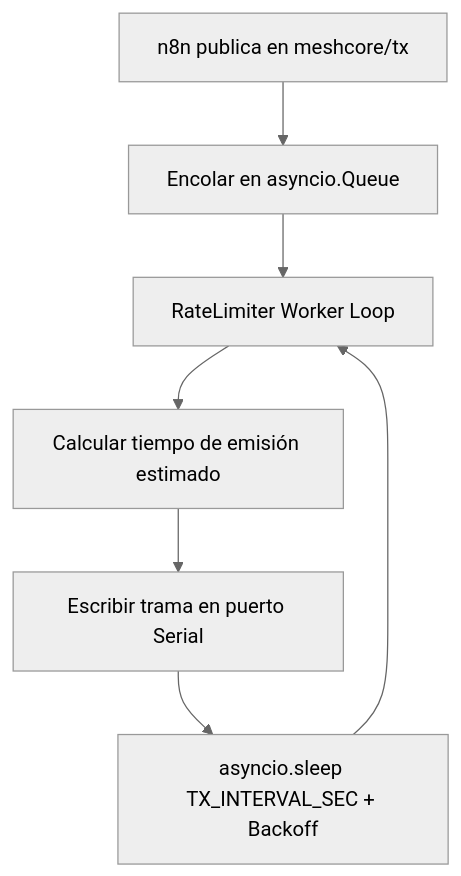
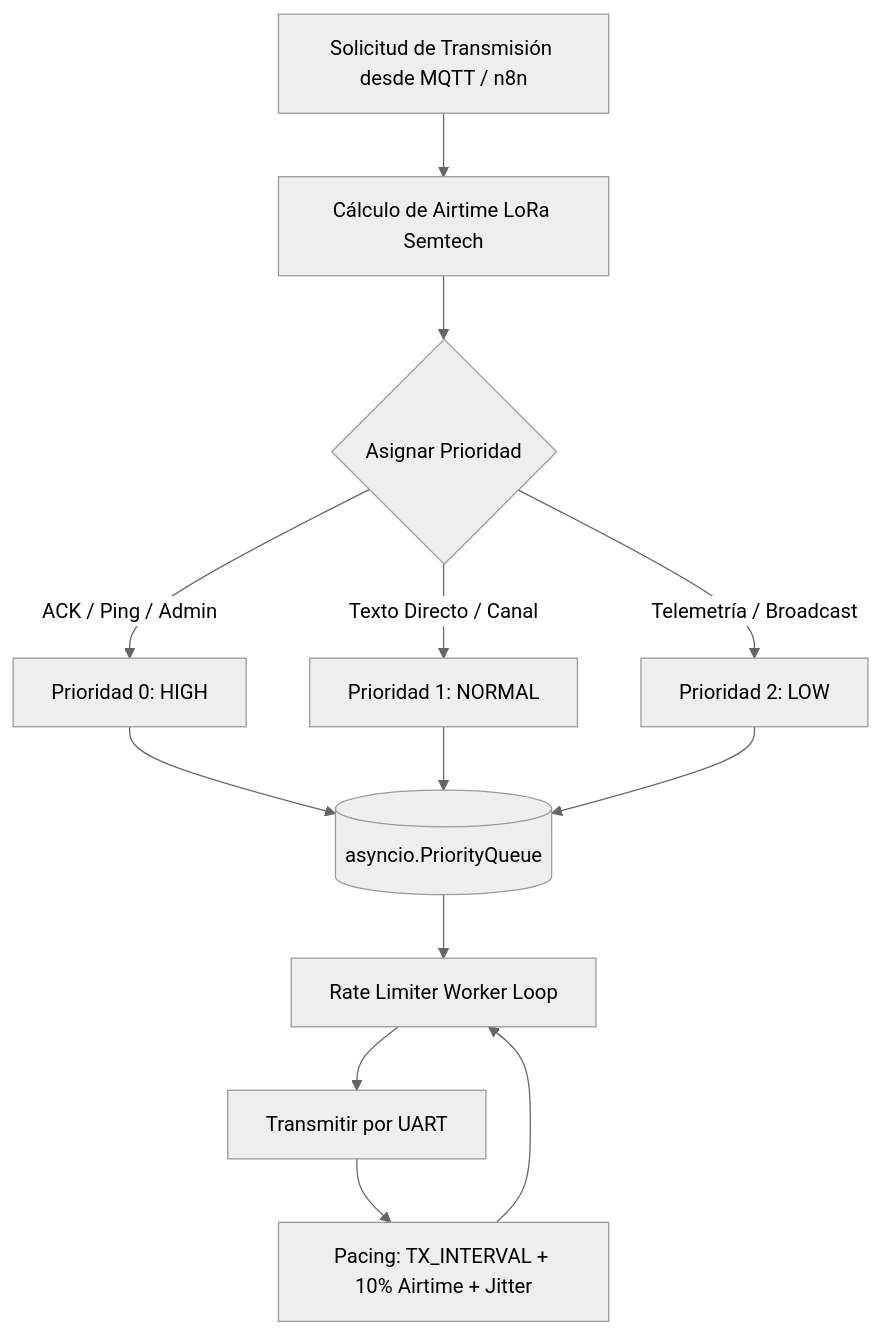
One commit to cyber89/meshcore-bridge-client changed the fourth of 4 diagrams in docs/ARCHITECTURE.md. Above: the diagram before and after it, drawn with Mermaid (neutral theme). The commit also changed other lines of this file and 13 other files, not shown here.

Commit message:
feat(core): modularize architecture with hybrid serial adapter, priority rate limiter, and TTL store-forward

````diff
--- a/docs/ARCHITECTURE.md
+++ b/docs/ARCHITECTURE.md
@@ -145,9 +169,18 @@
 ```mermaid
 graph TD
-    N8N_IN[n8n publica en meshcore/tx] --> ENQUEUE[Encolar en asyncio.Queue]
-    ENQUEUE --> WORKER[RateLimiter Worker Loop]
-    WORKER --> CALC_AIRTIME[Calcular tiempo de emisión estimado]
-    CALC_AIRTIME --> SEND_UART[Escribir trama en puerto Serial]
-    SEND_UART --> SLEEP[asyncio.sleep TX_INTERVAL_SEC + Backoff]
-    SLEEP --> WORKER
+    IN_TX[Solicitud de Transmisión desde MQTT / n8n] --> CALC_AIRTIME[Cálculo de Airtime LoRa Semtech]
+    CALC_AIRTIME --> CLASSIFY{Asignar Prioridad}
+    
+    CLASSIFY -->|ACK / Ping / Admin| PRIO_0[Prioridad 0: HIGH]
+    CLASSIFY -->|Texto Directo / Canal| PRIO_1[Prioridad 1: NORMAL]
+    CLASSIFY -->|Telemetría / Broadcast| PRIO_2[Prioridad 2: LOW]
+    
+    PRIO_0 --> QUEUE[(asyncio.PriorityQueue)]
+    PRIO_1 --> QUEUE
+    PRIO_2 --> QUEUE
+    
+    QUEUE --> WORKER[Rate Limiter Worker Loop]
+    WORKER --> SERIAL_TX[Transmitir por UART]
+    SERIAL_TX --> PACING[Pacing: TX_INTERVAL + 10% Airtime + Jitter]
+    PACING --> WORKER
 ```
````
